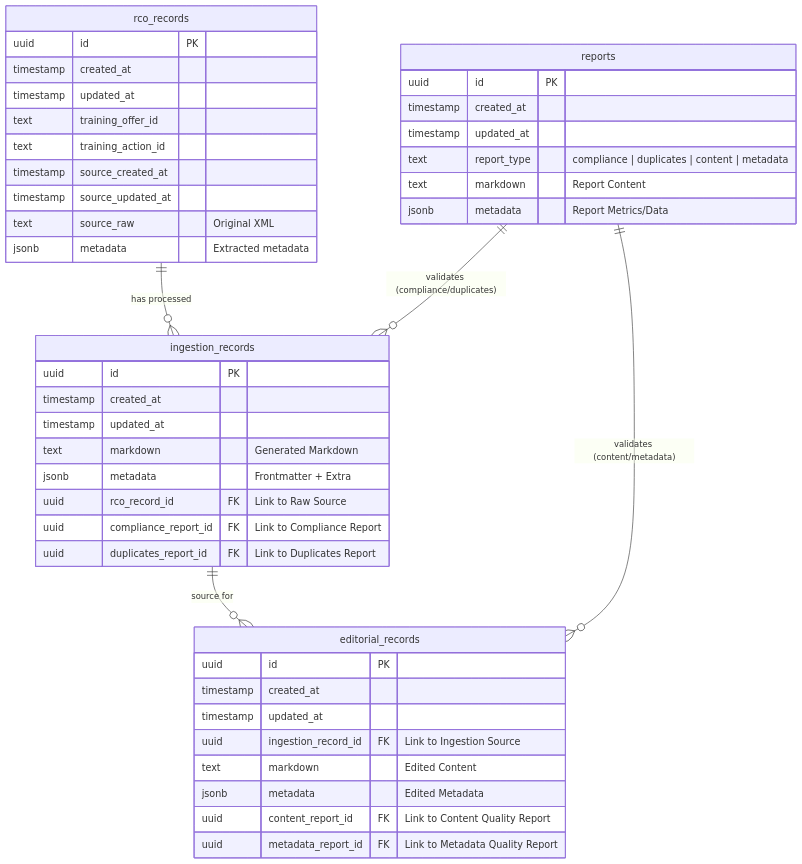
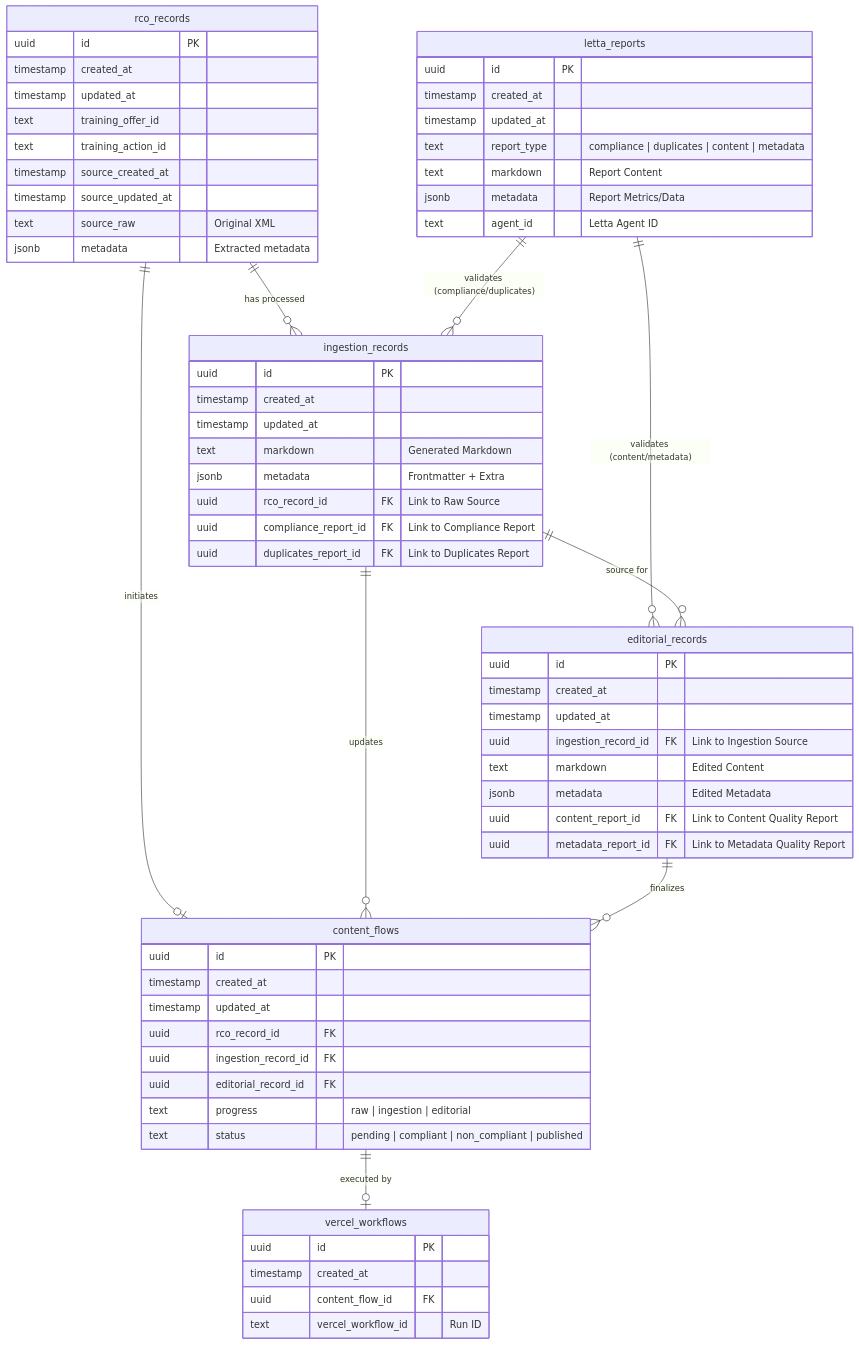
The diagram in documentation/database/schema.md (refugies-info/playground), drawn with Mermaid before and after one commit. The commit also changed other lines of this file, not shown here.

Commit message:
docs: Document `content_flows` and `vercel_workflows` entities, and rename `reports` table to `letta_reports`.

````diff
--- a/documentation/database/schema.md
+++ b/documentation/database/schema.md
@@ -14,50 +18,77 @@
 ```mermaid
 erDiagram
+    rco_records ||--o| content_flows : "initiates"
     rco_records ||--o{ ingestion_records : "has processed"
-    reports ||--o{ ingestion_records : "validates (compliance/duplicates)"
-    reports ||--o{ editorial_records : "validates (content/metadata)"
+
+    letta_reports ||--o{ ingestion_records : "validates (compliance/duplicates)"
+    letta_reports ||--o{ editorial_records : "validates (content/metadata)"
+
     ingestion_records ||--o{ editorial_records : "source for"
+    ingestion_records ||--o{ content_flows : "updates"
+
+    editorial_records ||--o{ content_flows : "finalizes"
+
+    content_flows ||--o| vercel_workflows : "executed by"
 
     rco_records {
         uuid id PK
         timestamp created_at
         timestamp updated_at
         text training_offer_id
         text training_action_id
         timestamp source_created_at
         timestamp source_updated_at
         text source_raw "Original XML"
         jsonb metadata "Extracted metadata"
     }
 
     ingestion_records {
         uuid id PK
         timestamp created_at
         timestamp updated_at
         text markdown "Generated Markdown"
         jsonb metadata "Frontmatter + Extra"
         uuid rco_record_id FK "Link to Raw Source"
         uuid compliance_report_id FK "Link to Compliance Report"
         uuid duplicates_report_id FK "Link to Duplicates Report"
     }
 
     editorial_records {
         uuid id PK
         timestamp created_at
         timestamp updated_at
         uuid ingestion_record_id FK "Link to Ingestion Source"
         text markdown "Edited Content"
         jsonb metadata "Edited Metadata"
         uuid content_report_id FK "Link to Content Quality Report"
         uuid metadata_report_id FK "Link to Metadata Quality Report"
     }
 
-    reports {
+    letta_reports {
         uuid id PK
         timestamp created_at
         timestamp updated_at
         text report_type "compliance | duplicates | content | metadata"
         text markdown "Report Content"
         jsonb metadata "Report Metrics/Data"
+        text agent_id "Letta Agent ID"
+    }
+
+    content_flows {
+        uuid id PK
+        timestamp created_at
+        timestamp updated_at
+        uuid rco_record_id FK
+        uuid ingestion_record_id FK
+        uuid editorial_record_id FK
+        text progress "raw | ingestion | editorial"
+        text status "pending | compliant | non_compliant | published"
+    }
+
+    vercel_workflows {
+        uuid id PK
+        timestamp created_at
+        uuid content_flow_id FK
+        text vercel_workflow_id "Run ID"
     }
 ```
````
